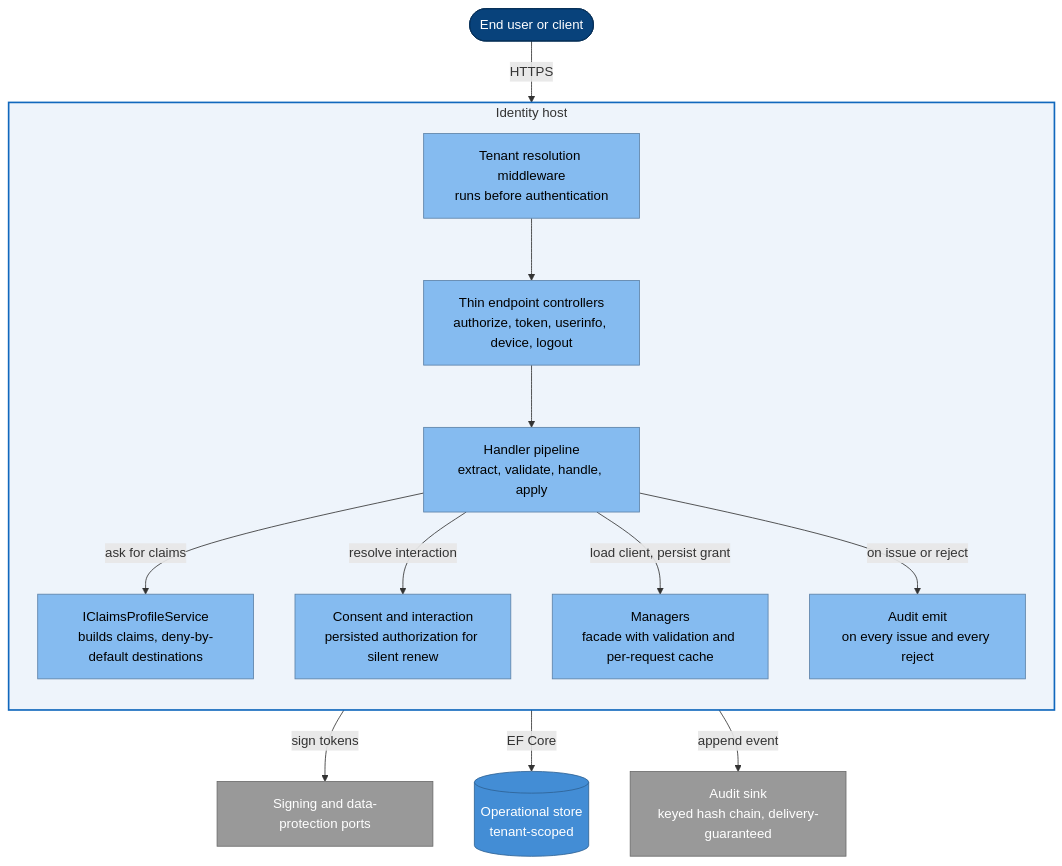
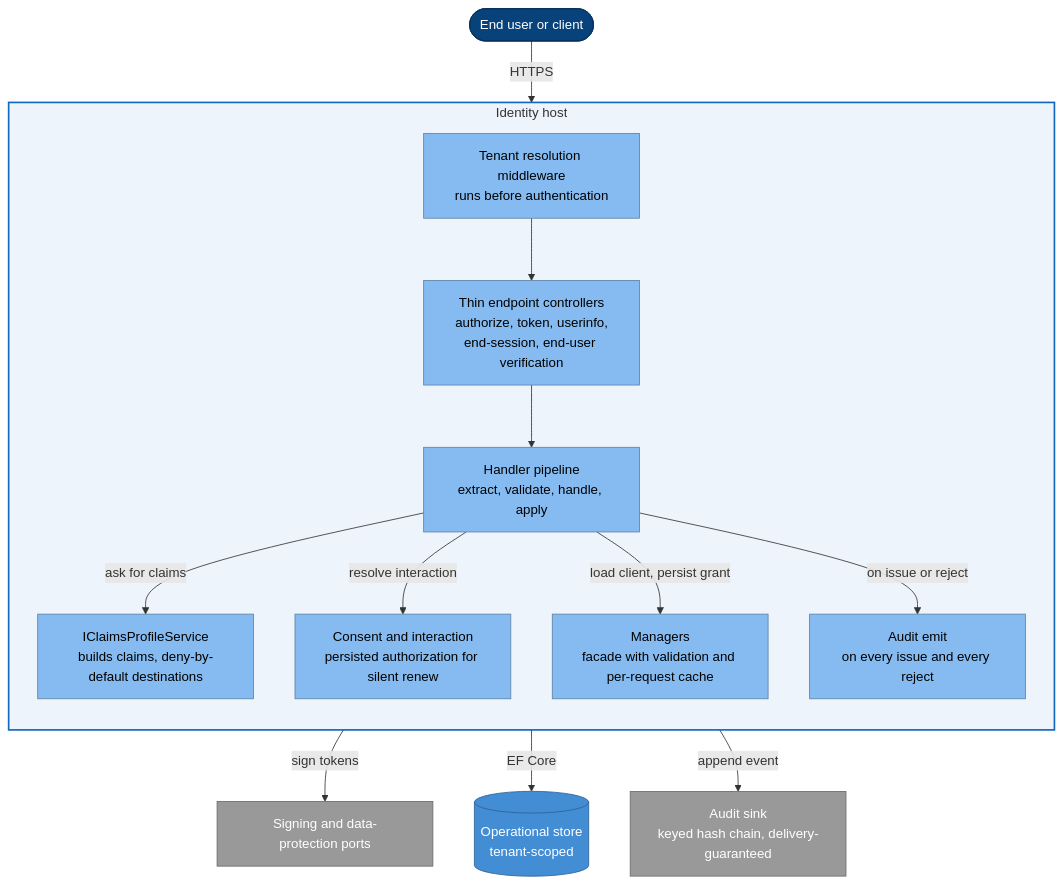
Before and after one commit to namphuongtran/nami: the first of 6 diagrams in docs/architecture/08-component-view.md, drawn with Mermaid. The commit also changed other lines of this file and 3 other files, not shown here.

````diff
--- a/docs/architecture/08-component-view.md
+++ b/docs/architecture/08-component-view.md
@@ -27,34 +27,34 @@
 ```mermaid
 graph TB
   user([End user or client]):::person
 
   subgraph SRV[Identity host]
     direction TB
     mw[Tenant resolution middleware<br/>runs before authentication]:::comp
-    ctrl[Thin endpoint controllers<br/>authorize, token, userinfo, device, logout]:::comp
+    ctrl[Thin endpoint controllers<br/>authorize, token, userinfo,<br/>end-session, end-user verification]:::comp
     pipe[Handler pipeline<br/>extract, validate, handle, apply]:::comp
     prof[IClaimsProfileService<br/>builds claims, deny-by-default destinations]:::comp
     int[Consent and interaction<br/>persisted authorization for silent renew]:::comp
     mgr[Managers<br/>facade with validation and per-request cache]:::comp
     aud[Audit emit<br/>on every issue and every reject]:::comp
   end
 
   opdb[(Operational store<br/>tenant-scoped)]:::store
   sign[Signing and data-protection ports]:::ext
   sink[Audit sink<br/>keyed hash chain, delivery-guaranteed]:::ext
 
   user -->|HTTPS| mw --> ctrl --> pipe
   pipe -->|ask for claims| prof
   pipe -->|resolve interaction| int
   pipe -->|load client, persist grant| mgr
   pipe -->|sign tokens| sign
   pipe -->|on issue or reject| aud
   mgr -->|EF Core| opdb
   aud -->|append event| sink
 
   classDef person fill:#08427b,stroke:#052e56,color:#ffffff
   classDef comp fill:#85bbf0,stroke:#5d82a8,color:#000000
   classDef store fill:#438dd5,stroke:#2e6295,color:#ffffff
   classDef ext fill:#999999,stroke:#6b6b6b,color:#ffffff
   style SRV fill:#eef4fb,stroke:#1168bd,stroke-width:2px
 ```
````
